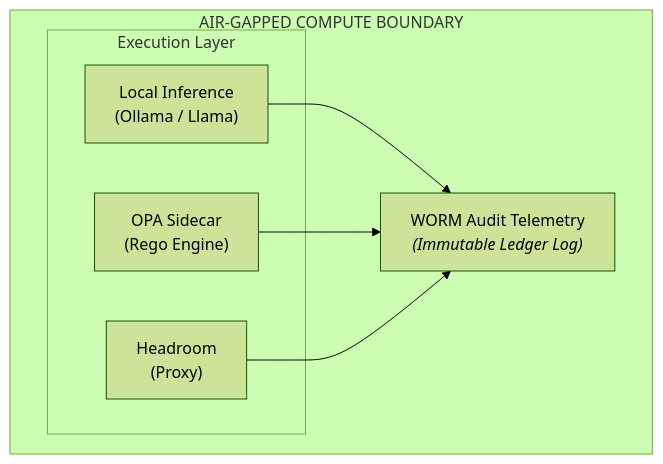
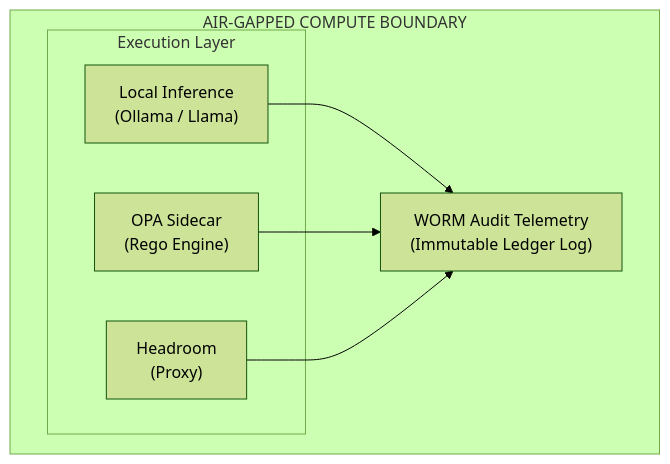
One commit to gitmujoshi/Confidential-AI-Network changed the third of 3 diagrams in docs/architecture/Governing Autonomous AI Agents in Cybersecurity Operations.md. Above: the diagram before and after it, drawn with Mermaid (forest theme). The commit also changed other lines of this file and 3 other files, not shown here.

First line of the commit message:
fix(blogs): render Mermaid diagrams on GitHub Pages posts.

````diff
--- a/docs/architecture/Governing Autonomous AI Agents in Cybersecurity Operations.md
+++ b/docs/architecture/Governing Autonomous AI Agents in Cybersecurity Operations.md
@@ -311,16 +311,16 @@
 ```mermaid
 graph TB
     subgraph Boundary ["AIR-GAPPED COMPUTE BOUNDARY"]
         subgraph Compute ["Execution Layer"]
-            Inference["Local Inference<br>(Ollama / Llama)"]
-            OPA["OPA Sidecar<br>(Rego Engine)"]
-            Headroom["Headroom<br>(Proxy)"]
+            Inference["Local Inference\n(Ollama / Llama)"]
+            OPA["OPA Sidecar\n(Rego Engine)"]
+            Headroom["Headroom\n(Proxy)"]
         end
 
-        WORM["WORM Audit Telemetry<br><i>(Immutable Ledger Log)</i>"]
+        WORM["WORM Audit Telemetry\n(Immutable Ledger Log)"]
     end
 
     Inference --> WORM
     OPA --> WORM
     Headroom --> WORM
 ```
````
